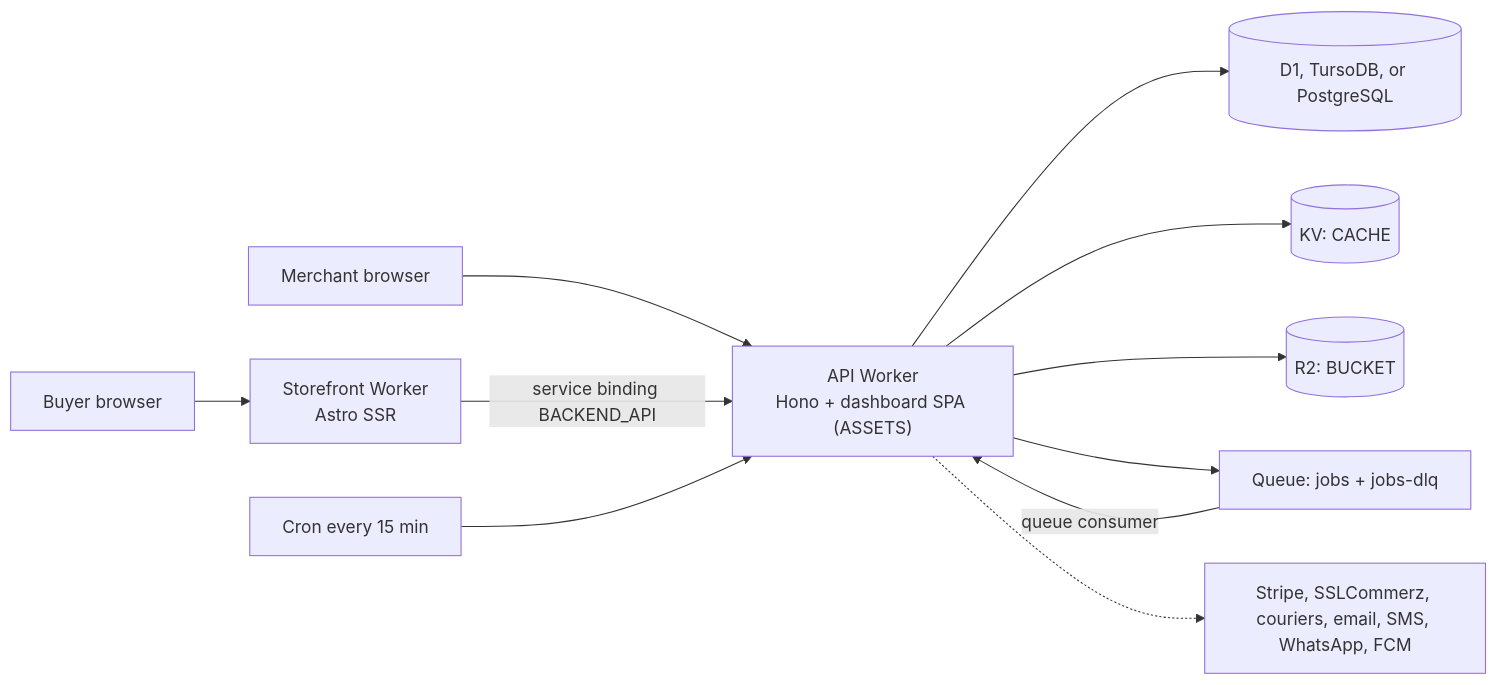
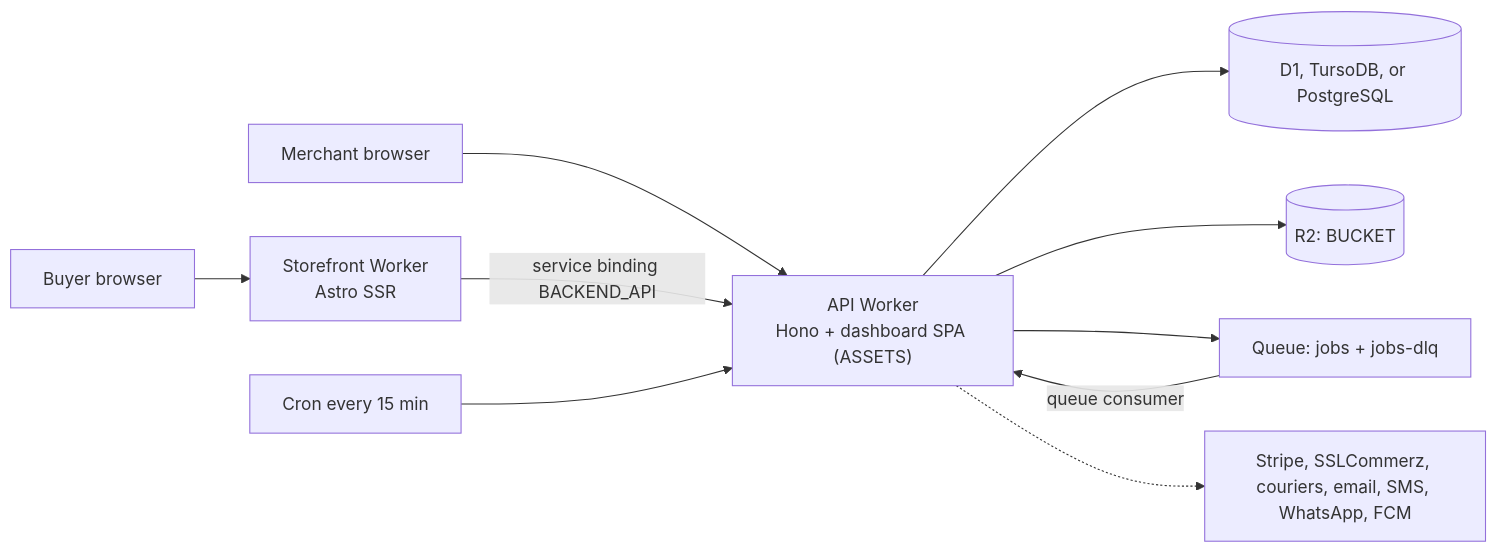
Before and after one commit to scaliuslabs/scalius-commerce-lite: the diagram in README.md, drawn with Mermaid. The commit also changed other lines of this file and 84 other files, not shown here.

````diff
--- a/README.md
+++ b/README.md
@@ -38,13 +38,12 @@
 ```mermaid
 flowchart LR
     Buyer["Buyer browser"] --> SF["Storefront Worker<br/>Astro SSR"]
     Merchant["Merchant browser"] --> API
     SF -->|"service binding BACKEND_API"| API["API Worker<br/>Hono + dashboard SPA (ASSETS)"]
     API --> DB[("D1, TursoDB, or PostgreSQL")]
-    API --> KV[("KV: CACHE")]
     API --> R2[("R2: BUCKET")]
     API --> Q["Queue: jobs + jobs-dlq"]
     Q -->|"queue consumer"| API
     CRON["Cron every 15 min"] --> API
     API -.-> EXT["Stripe, SSLCommerz, couriers, email, SMS, WhatsApp, FCM"]
 ```
````
